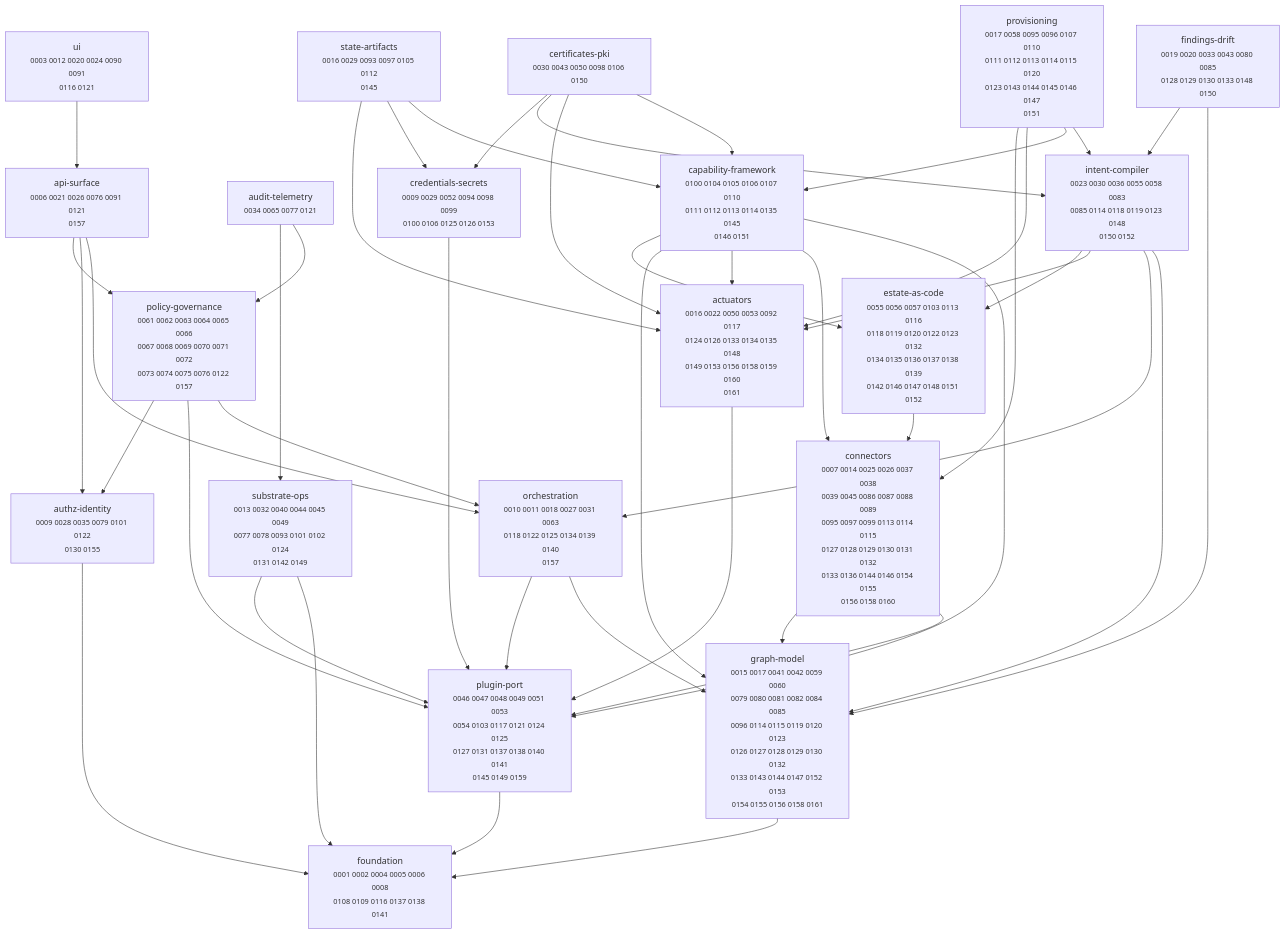
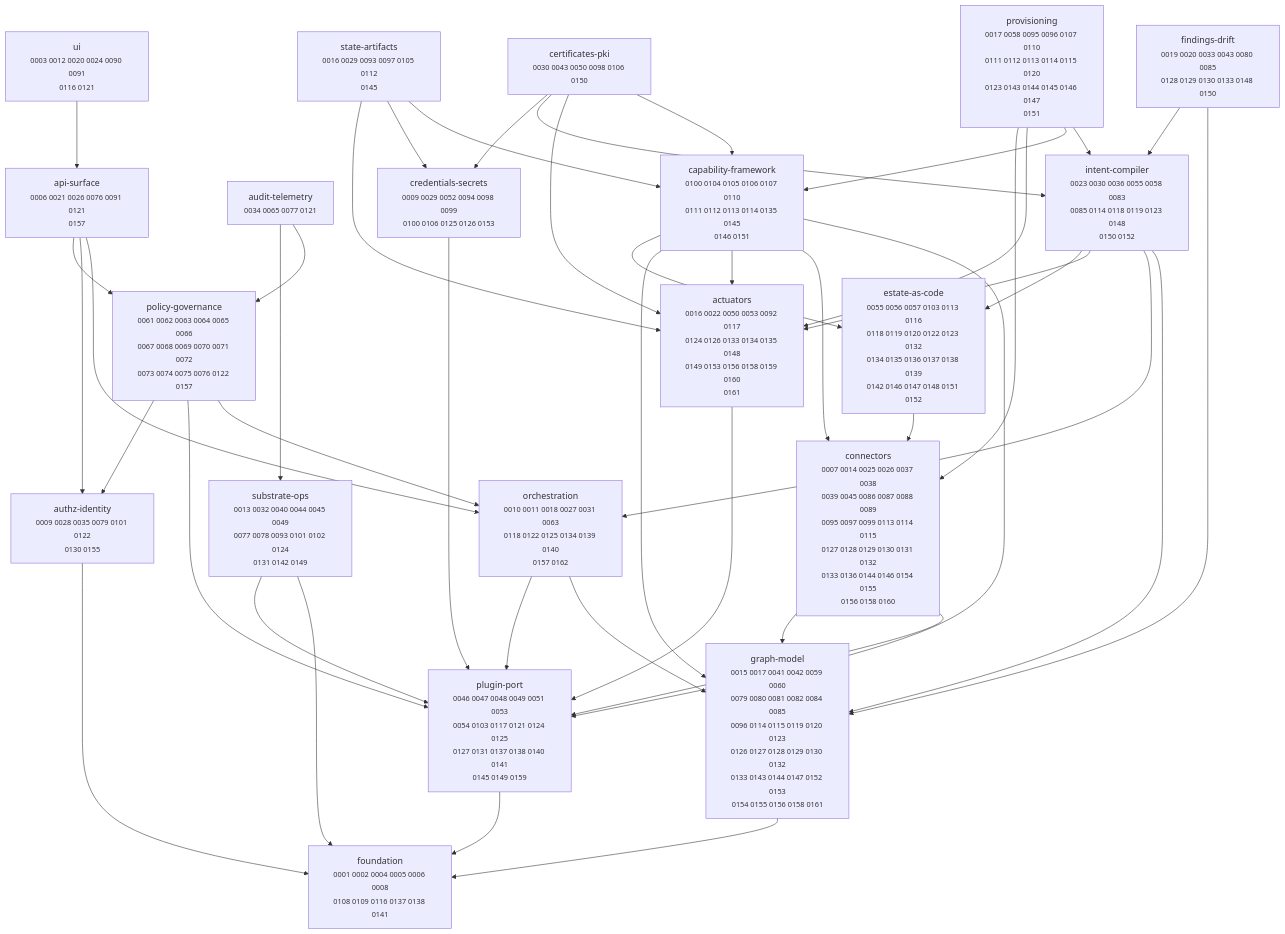
The diagram in docs/adr/MAP.md (dstout-devops/stratt), drawn with Mermaid before and after one commit. The commit also changed other lines of this file and 3 other files, not shown here.

````diff
--- a/docs/adr/MAP.md
+++ b/docs/adr/MAP.md
@@ -11,67 +11,67 @@
 ```mermaid
 graph TD
   actuators["actuators<br/><small>0016 0022 0050 0053 0092 0117<br/>0124 0126 0133 0134 0135 0148<br/>0149 0153 0156 0158 0159 0160<br/>0161</small>"]
   api_surface["api-surface<br/><small>0006 0021 0026 0076 0091 0121<br/>0157</small>"]
   audit_telemetry["audit-telemetry<br/><small>0034 0065 0077 0121</small>"]
   authz_identity["authz-identity<br/><small>0009 0028 0035 0079 0101 0122<br/>0130 0155</small>"]
   capability_framework["capability-framework<br/><small>0100 0104 0105 0106 0107 0110<br/>0111 0112 0113 0114 0135 0145<br/>0146 0151</small>"]
   certificates_pki["certificates-pki<br/><small>0030 0043 0050 0098 0106 0150</small>"]
   connectors["connectors<br/><small>0007 0014 0025 0026 0037 0038<br/>0039 0045 0086 0087 0088 0089<br/>0095 0097 0099 0113 0114 0115<br/>0127 0128 0129 0130 0131 0132<br/>0133 0136 0144 0146 0154 0155<br/>0156 0158 0160</small>"]
   credentials_secrets["credentials-secrets<br/><small>0009 0029 0052 0094 0098 0099<br/>0100 0106 0125 0126 0153</small>"]
   estate_as_code["estate-as-code<br/><small>0055 0056 0057 0103 0113 0116<br/>0118 0119 0120 0122 0123 0132<br/>0134 0135 0136 0137 0138 0139<br/>0142 0146 0147 0148 0151 0152</small>"]
   findings_drift["findings-drift<br/><small>0019 0020 0033 0043 0080 0085<br/>0128 0129 0130 0133 0148 0150</small>"]
   foundation["foundation<br/><small>0001 0002 0004 0005 0006 0008<br/>0108 0109 0116 0137 0138 0141</small>"]
   graph_model["graph-model<br/><small>0015 0017 0041 0042 0059 0060<br/>0079 0080 0081 0082 0084 0085<br/>0096 0114 0115 0119 0120 0123<br/>0126 0127 0128 0129 0130 0132<br/>0133 0143 0144 0147 0152 0153<br/>0154 0155 0156 0158 0161</small>"]
   intent_compiler["intent-compiler<br/><small>0023 0030 0036 0055 0058 0083<br/>0085 0114 0118 0119 0123 0148<br/>0150 0152</small>"]
-  orchestration["orchestration<br/><small>0010 0011 0018 0027 0031 0063<br/>0118 0122 0125 0134 0139 0140<br/>0157</small>"]
+  orchestration["orchestration<br/><small>0010 0011 0018 0027 0031 0063<br/>0118 0122 0125 0134 0139 0140<br/>0157 0162</small>"]
   plugin_port["plugin-port<br/><small>0046 0047 0048 0049 0051 0053<br/>0054 0103 0117 0121 0124 0125<br/>0127 0131 0137 0138 0140 0141<br/>0145 0149 0159</small>"]
   policy_governance["policy-governance<br/><small>0061 0062 0063 0064 0065 0066<br/>0067 0068 0069 0070 0071 0072<br/>0073 0074 0075 0076 0122 0157</small>"]
   provisioning["provisioning<br/><small>0017 0058 0095 0096 0107 0110<br/>0111 0112 0113 0114 0115 0120<br/>0123 0143 0144 0145 0146 0147<br/>0151</small>"]
   state_artifacts["state-artifacts<br/><small>0016 0029 0093 0097 0105 0112<br/>0145</small>"]
   substrate_ops["substrate-ops<br/><small>0013 0032 0040 0044 0045 0049<br/>0077 0078 0093 0101 0102 0124<br/>0131 0142 0149</small>"]
   ui["ui<br/><small>0003 0012 0020 0024 0090 0091<br/>0116 0121</small>"]
 
   actuators --> plugin_port
   api_surface --> orchestration
   api_surface --> authz_identity
   api_surface --> policy_governance
   audit_telemetry --> policy_governance
   audit_telemetry --> substrate_ops
   authz_identity --> foundation
   capability_framework --> plugin_port
   capability_framework --> connectors
   capability_framework --> actuators
   capability_framework --> graph_model
   capability_framework --> estate_as_code
   certificates_pki --> capability_framework
   certificates_pki --> actuators
   certificates_pki --> intent_compiler
   certificates_pki --> credentials_secrets
   connectors --> plugin_port
   connectors --> graph_model
   credentials_secrets --> plugin_port
   estate_as_code --> connectors
   findings_drift --> graph_model
   findings_drift --> intent_compiler
   graph_model --> foundation
   intent_compiler --> graph_model
   intent_compiler --> orchestration
   intent_compiler --> actuators
   intent_compiler --> estate_as_code
   orchestration --> graph_model
   orchestration --> plugin_port
   plugin_port --> foundation
   policy_governance --> orchestration
   policy_governance --> plugin_port
   policy_governance --> authz_identity
   provisioning --> intent_compiler
   provisioning --> capability_framework
   provisioning --> actuators
   provisioning --> connectors
   state_artifacts --> capability_framework
   state_artifacts --> credentials_secrets
   state_artifacts --> actuators
   substrate_ops --> foundation
   substrate_ops --> plugin_port
   ui --> api_surface
 ```
````
